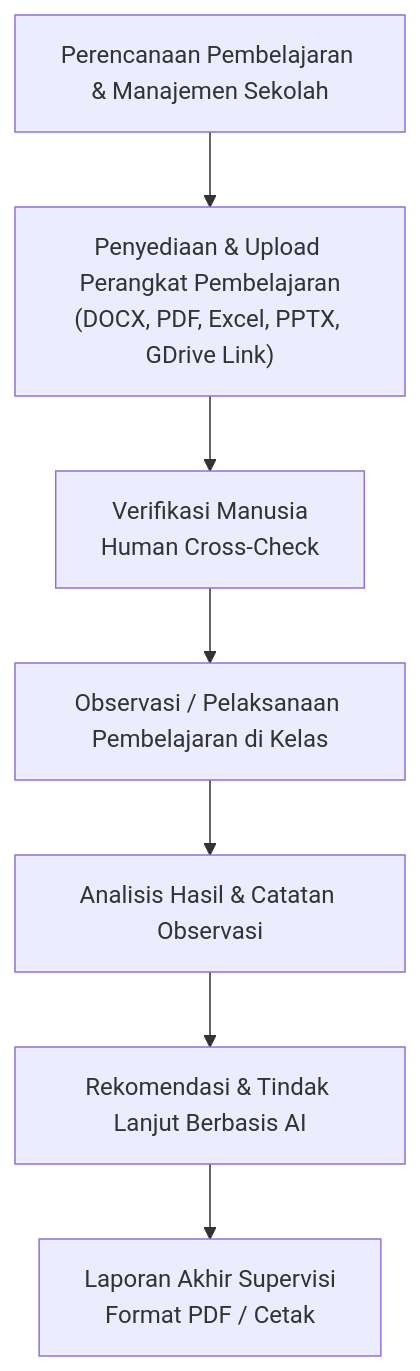
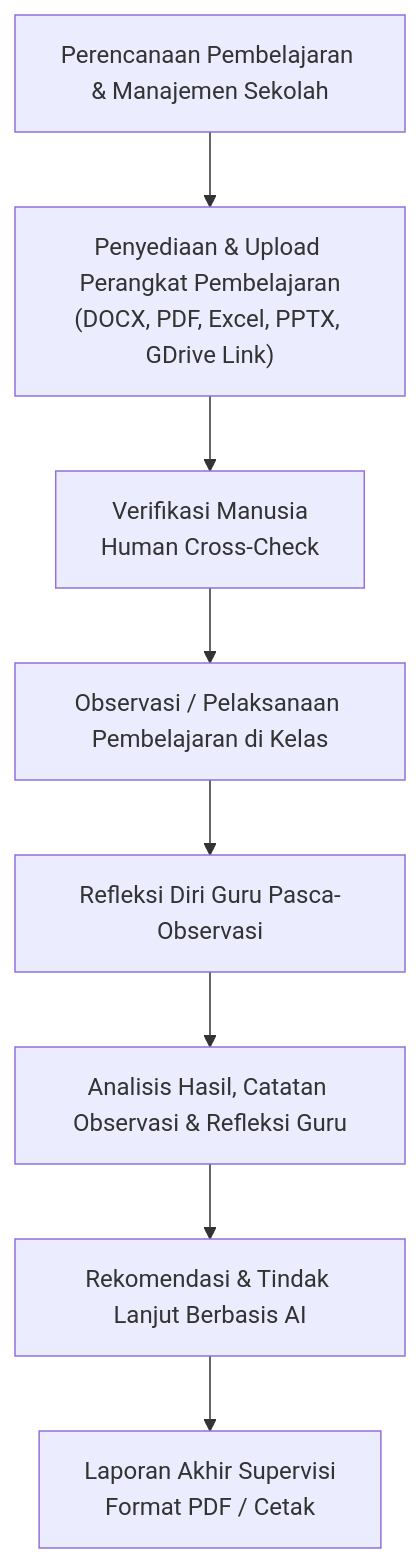
One commit to Hnzsama/supervisi_sekolah changed the first of 2 diagrams in docs/01-gambaran-umum-produk.md. Above: the diagram before and after it, drawn with Mermaid. The commit also changed other lines of this file and 13 other files, not shown here.

Commit message:
docs: tambahkan tahap refleksi guru pasca-observasi kelas dan pertimbangan tindak lanjut

````diff
--- a/docs/01-gambaran-umum-produk.md
+++ b/docs/01-gambaran-umum-produk.md
@@ -9,9 +9,10 @@
 ```mermaid
 flowchart TD
     A["Perencanaan Pembelajaran & Manajemen Sekolah"] --> B["Penyediaan & Upload Perangkat Pembelajaran<br/>(DOCX, PDF, Excel, PPTX, GDrive Link)"]
     B --> C["Verifikasi Manusia<br/>Human Cross-Check"]
     C --> D["Observasi / Pelaksanaan Pembelajaran di Kelas"]
-    D --> E["Analisis Hasil & Catatan Observasi"]
-    E --> F["Rekomendasi & Tindak Lanjut Berbasis AI"]
-    F --> G["Laporan Akhir Supervisi<br/>Format PDF / Cetak"]
+    D --> E["Refleksi Diri Guru Pasca-Observasi"]
+    E --> F["Analisis Hasil, Catatan Observasi & Refleksi Guru"]
+    F --> G["Rekomendasi & Tindak Lanjut Berbasis AI"]
+    G --> H["Laporan Akhir Supervisi<br/>Format PDF / Cetak"]
 ```
````
